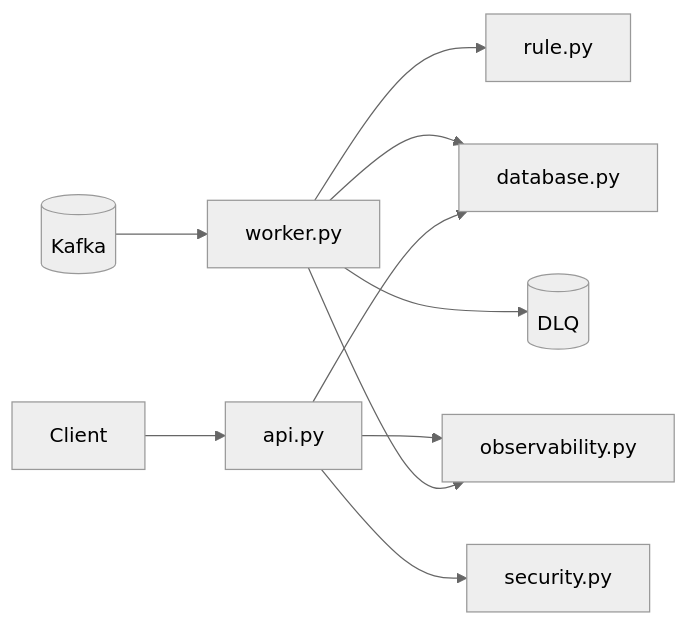
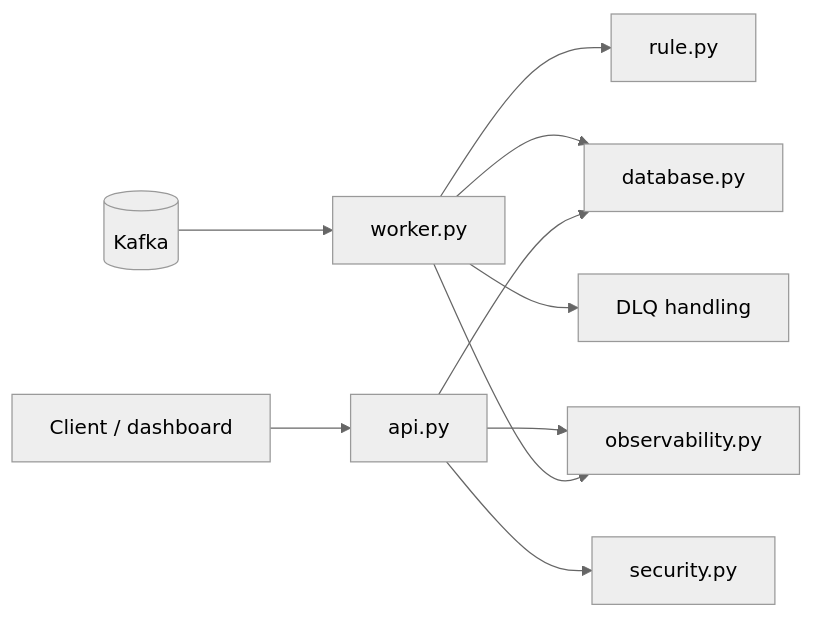
Before and after one commit to Siyablela/fraud_detection: the diagram in app/README.md, drawn with Mermaid (neutral theme). The commit also changed other lines of this file and 86 other files, not shown here.

````diff
--- a/app/README.md
+++ b/app/README.md
@@ -9,12 +7,13 @@
 ```mermaid
 flowchart LR
-    K[(Kafka)] --> W[worker.py]
-    W --> R[rule.py]
-    W --> D[database.py]
-    W --> Q[(DLQ)]
-    C[Client] --> A[api.py]
-    A --> S[security.py]
-    A --> D
-    A --> O[observability.py]
-    W --> O
+    Kafka[(Kafka)] --> Worker[worker.py]
+    Worker --> Rule[rule.py]
+    Worker --> Database[database.py]
+    Worker --> DLQ[DLQ handling]
+
+    Client[Client / dashboard] --> API[api.py]
+    API --> Security[security.py]
+    API --> Database
+    API --> Observability[observability.py]
+    Worker --> Observability
 ```
````
